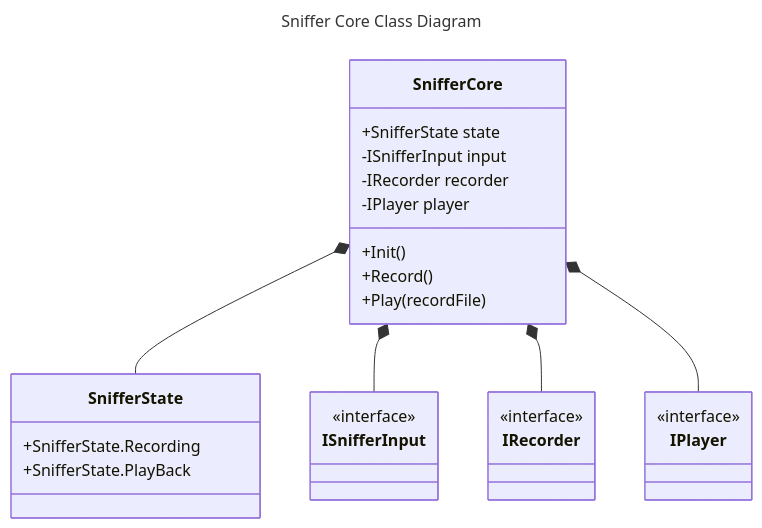
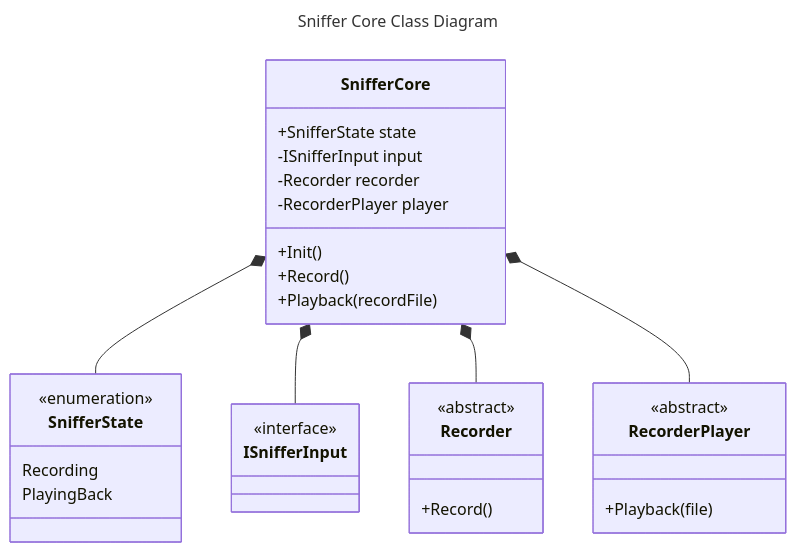
One commit to cmcm21/QAUnityTool changed the first of 3 diagrams in SnifferVault/Architecture/Sniffer Class Diagram.md. Above: the diagram before and after it, drawn with Mermaid. The commit also changed other lines of this file and 11073 other files, not shown here.

````diff
--- a/SnifferVault/Architecture/Sniffer Class Diagram.md
+++ b/SnifferVault/Architecture/Sniffer Class Diagram.md
@@ -2,37 +2,40 @@
 ```mermaid
 ---
 title: Sniffer Core Class Diagram
 ---
 
 classDiagram 
 direction TB
 class ISnifferInput{
 <<interface>>
 }
-class IRecorder{
-<<interface>>
+class Recorder{
+<<abstract>>
++Record()
 }
-class IPlayer{
-<<interface>>
+class RecorderPlayer{
+<<abstract>>
++Playback(file)
 }
 class SnifferCore
 
 SnifferCore: +Init()
 SnifferCore: +Record()
-SnifferCore: +Play(recordFile)
+SnifferCore: +Playback(recordFile)
 SnifferCore: +SnifferState state
 SnifferCore: -ISnifferInput input
-SnifferCore: -IRecorder recorder
-SnifferCore: -IPlayer player
+SnifferCore: -Recorder recorder
+SnifferCore: -RecorderPlayer player
 
 class SnifferState{
-	+SnifferState.Recording
-	+SnifferState.PlayBack
+	<<enumeration>>
+	Recording
+	PlayingBack
 }
 
 
 SnifferCore *--SnifferState
 SnifferCore *--ISnifferInput
-SnifferCore *--IRecorder
-SnifferCore *--IPlayer
+SnifferCore *--Recorder
+SnifferCore *--RecorderPlayer
 ```
````
